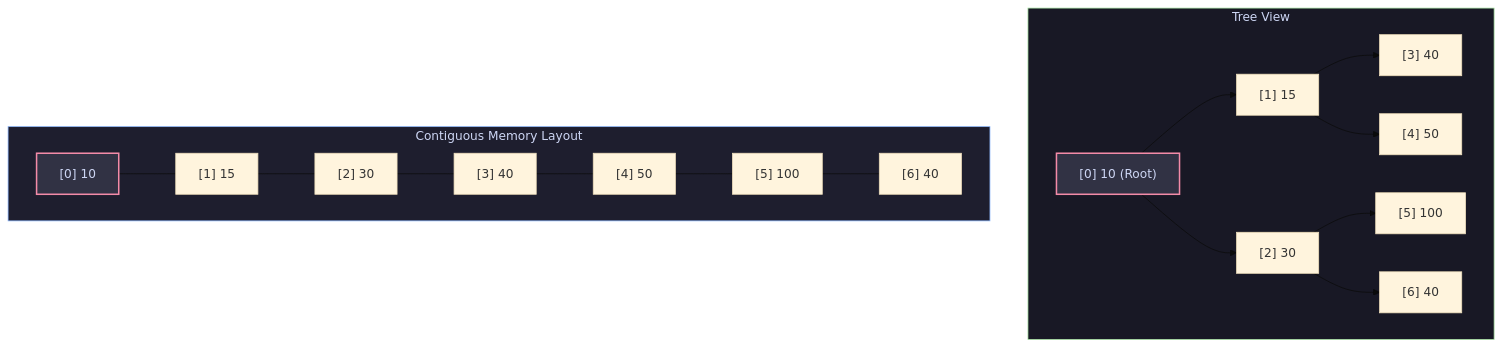
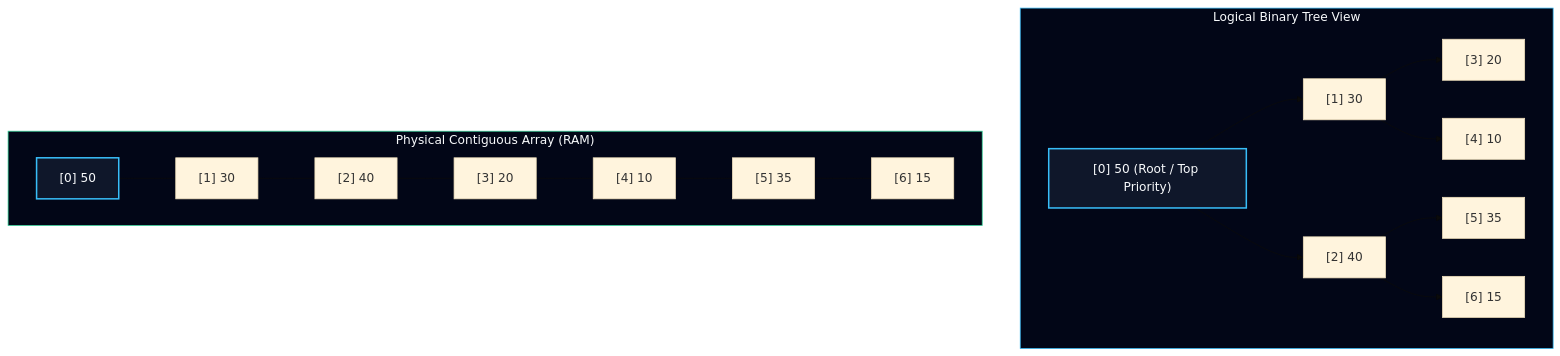
The second of 5 diagrams in content/docs/dsa/02-trees-heaps-and-core-patterns/03-heaps-and-priority-queues.mdx (1345AbhishekKumar/cs-cookbook), drawn with Mermaid (base theme) before and after one commit. The commit also changed other lines of this file and 211 other files, not shown here.

````diff
--- a/content/docs/dsa/02-trees-heaps-and-core-patterns/03-heaps-and-priority-queues.mdx
+++ b/content/docs/dsa/02-trees-heaps-and-core-patterns/03-heaps-and-priority-queues.mdx
@@ -28,21 +80,21 @@
 ```mermaid
 flowchart TD
-    subgraph TreeView["Tree View"]
-        N0["[0] 10 (Root)"] --> N1["[1] 15"]
-        N0 --> N2["[2] 30"]
-        N1 --> N3["[3] 40"]
-        N1 --> N4["[4] 50"]
-        N2 --> N5["[5] 100"]
-        N2 --> N6["[6] 40"]
+    subgraph TreeView["Logical Binary Tree View"]
+        N0["[0] 50 (Root / Top Priority)"] --> N1["[1] 30"]
+        N0 --> N2["[2] 40"]
+        N1 --> N3["[3] 20"]
+        N1 --> N4["[4] 10"]
+        N2 --> N5["[5] 35"]
+        N2 --> N6["[6] 15"]
     end
 
-    subgraph ArrayView["Contiguous Memory Layout"]
+    subgraph ArrayView["Physical Contiguous Array (RAM)"]
         direction LR
-        A0["[0] 10"] --- A1["[1] 15"] --- A2["[2] 30"] --- A3["[3] 40"] --- A4["[4] 50"] --- A5["[5] 100"] --- A6["[6] 40"]
+        A0["[0] 50"] --- A1["[1] 30"] --- A2["[2] 40"] --- A3["[3] 20"] --- A4["[4] 10"] --- A5["[5] 35"] --- A6["[6] 15"]
     end
 
-    style N0 fill:#313244,stroke:#f38ba8,stroke-width:2px,color:#cdd6f4
-    style A0 fill:#313244,stroke:#f38ba8,stroke-width:2px,color:#cdd6f4
-    style ArrayView fill:#1e1e2e,stroke:#89b4fa,stroke-width:1px,color:#cdd6f4
-    style TreeView fill:#181825,stroke:#a6e3a1,stroke-width:1px,color:#cdd6f4
+    style N0 fill:#0f172a,stroke:#38bdf8,stroke-width:2px,color:#f8fafc
+    style A0 fill:#0f172a,stroke:#38bdf8,stroke-width:2px,color:#f8fafc
+    style TreeView fill:#020617,stroke:#38bdf8,stroke-width:1px,color:#f8fafc
+    style ArrayView fill:#020617,stroke:#34d399,stroke-width:1px,color:#f8fafc
 ```
````
